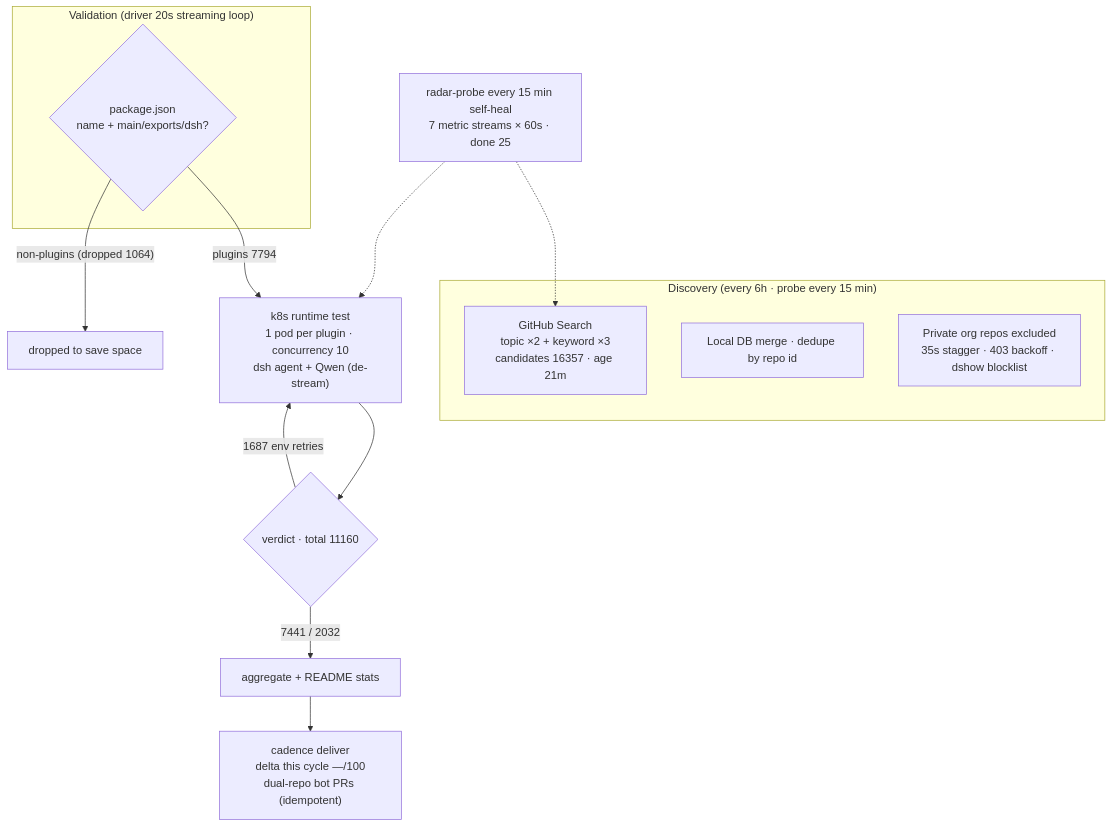
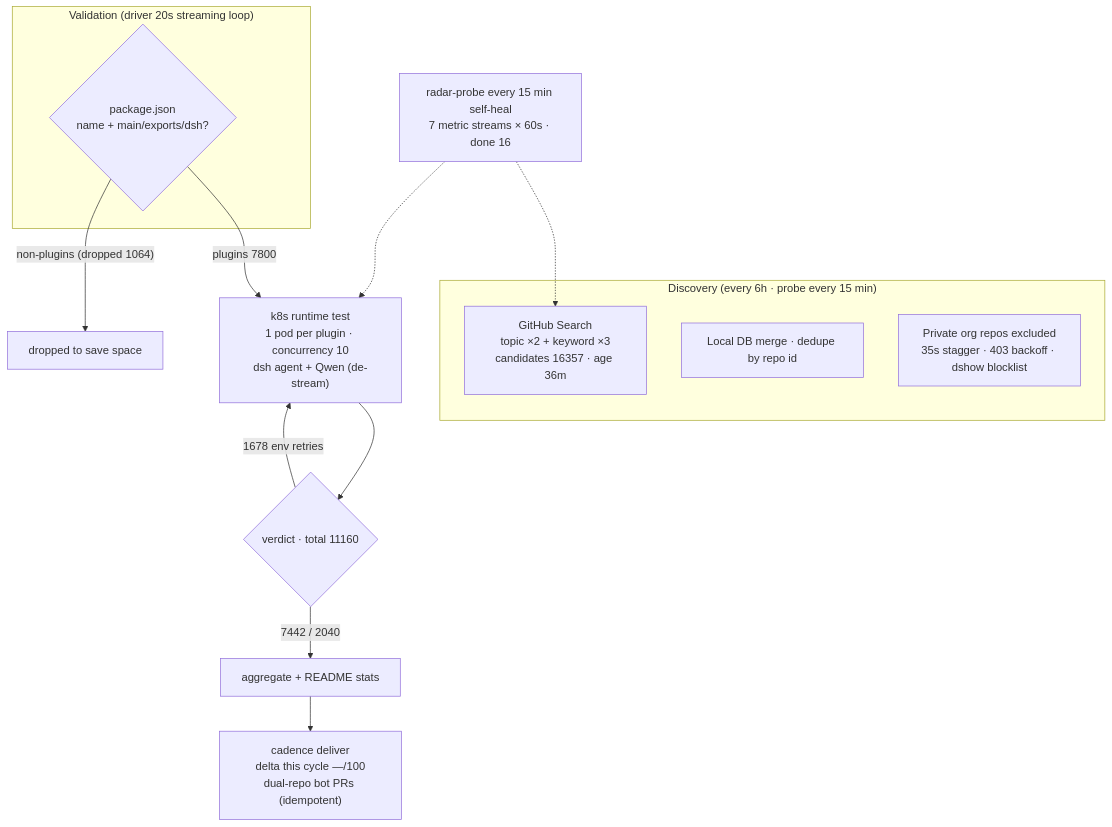
One commit to AdamPlatin123/awesome-dsh-plugins changed the diagram in README.en-US.md. Above: the diagram before and after it, drawn with Mermaid. The commit also changed other lines of this file and 5 other files, not shown here.

````diff
--- a/README.en-US.md
+++ b/README.en-US.md
@@ -45,20 +45,20 @@
 ```mermaid
 flowchart TB
     subgraph Discovery["Discovery (every 6h · probe every 15 min)"]
-        A1["GitHub Search<br/>topic ×2 + keyword ×3<br/>candidates 16357 · age 21m"]
+        A1["GitHub Search<br/>topic ×2 + keyword ×3<br/>candidates 16357 · age 36m"]
         A2["Local DB merge · dedupe by repo id"]
         A3["Private org repos excluded<br/>35s stagger · 403 backoff · dshow blocklist"]
     end
     subgraph Validation["Validation (driver 20s streaming loop)"]
         B1{"package.json<br/>name + main/exports/dsh?"}
     end
-    B1 -->|"plugins 7794"| C1["k8s runtime test<br/>1 pod per plugin · concurrency 10<br/>dsh agent + Qwen (de-stream)"]
+    B1 -->|"plugins 7800"| C1["k8s runtime test<br/>1 pod per plugin · concurrency 10<br/>dsh agent + Qwen (de-stream)"]
     B1 -->|"non-plugins (dropped 1064)"| B3["dropped to save space"]
     C1 --> D1{"verdict · total 11160"}
-    D1 -->|"7441 / 2032"| E1["aggregate + README stats"]
-    D1 -->|"1687 env retries"| C1
+    D1 -->|"7442 / 2040"| E1["aggregate + README stats"]
+    D1 -->|"1678 env retries"| C1
     E1 --> E2["cadence deliver<br/>delta this cycle —/100<br/>dual-repo bot PRs (idempotent)"]
-    M["radar-probe every 15 min self-heal<br/>7 metric streams × 60s · done 25"]
+    M["radar-probe every 15 min self-heal<br/>7 metric streams × 60s · done 16"]
     M -.-> A1
     M -.-> C1
 ```
````
